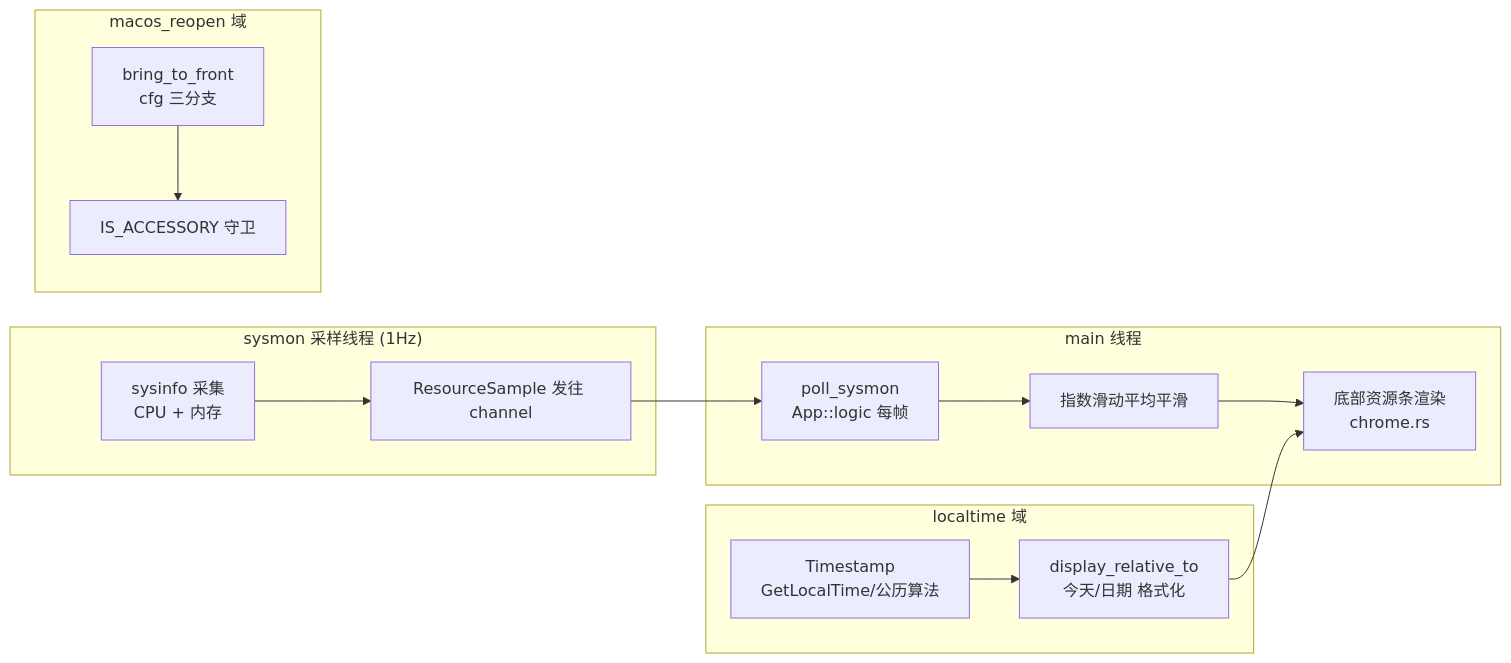
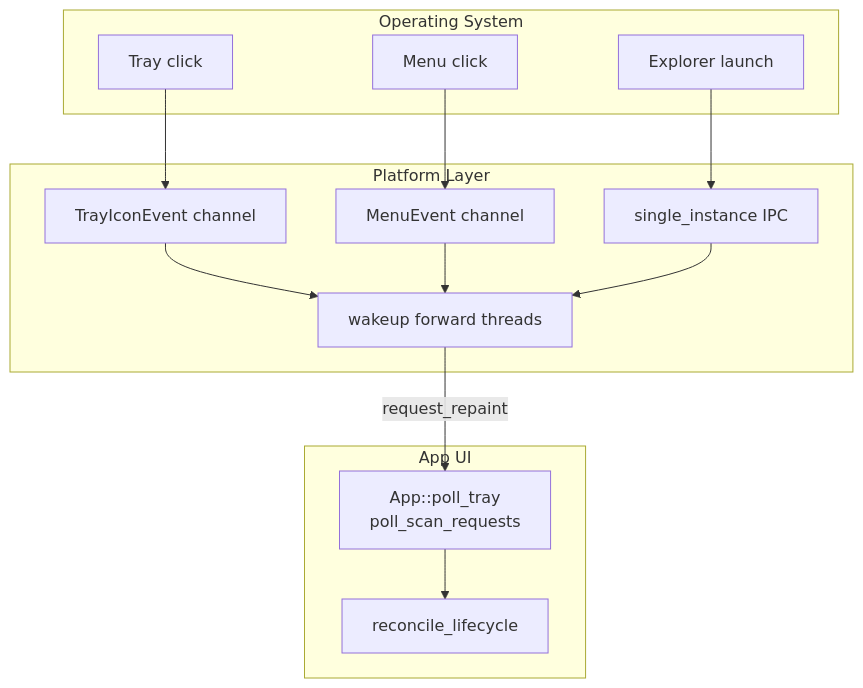
The diagram in .terrain/human/4.Deep-Exploration/platform.md (sopaco/CLV3000), drawn with Mermaid before and after one commit. The commit also changed other lines of this file and 14 other files, not shown here.

````diff
--- a/.terrain/human/4.Deep-Exploration/platform.md
+++ b/.terrain/human/4.Deep-Exploration/platform.md
@@ -25,28 +57,27 @@
 ```mermaid
-flowchart LR
-    subgraph monitor["sysmon 采样线程 (1Hz)"]
-        sample["sysinfo 采集<br/>CPU + 内存"]
-        send["ResourceSample 发往 channel"]
+flowchart TD
+    subgraph os ["Operating System"]
+        T["Tray click"]
+        M["Menu click"]
+        E["Explorer launch"]
     end
-    subgraph main0["main 线程"]
-        poll["poll_sysmon<br/>App::logic 每帧"]
-        smooth["指数滑动平均平滑"]
-        bar["底部资源条渲染<br/>chrome.rs"]
+    subgraph platform ["Platform Layer"]
+        TE["TrayIconEvent channel"]
+        ME["MenuEvent channel"]
+        SI["single_instance IPC"]
+        FW["wakeup forward threads"]
     end
-    subgraph local0["localtime 域"]
-        ts["Timestamp<br/>GetLocalTime/公历算法"]
-        fmt["display_relative_to<br/>今天/日期 格式化"]
-    end
-    subgraph activate0["macos_reopen 域"]
-        act["bring_to_front<br/>cfg 三分支"]
-        guard["IS_ACCESSORY 守卫"]
+    subgraph app ["App UI"]
+        POLL["App::poll_tray<br/>poll_scan_requests"]
+        LC["reconcile_lifecycle"]
     end
 
-    sample --> send
-    send --> poll
-    poll --> smooth
-    smooth --> bar
-    ts --> fmt
-    fmt --> bar
-    act --> guard
+    T --> TE
+    M --> ME
+    E --> SI
+    TE --> FW
+    ME --> FW
+    SI --> FW
+    FW -->|"request_repaint"| POLL
+    POLL --> LC
 ```
````
